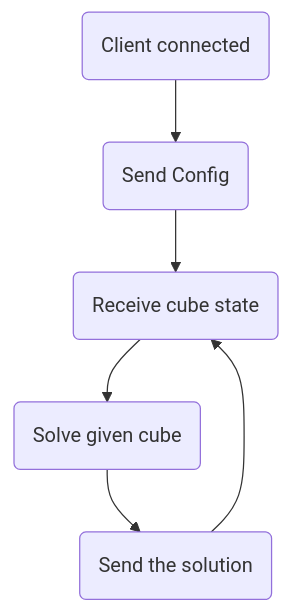
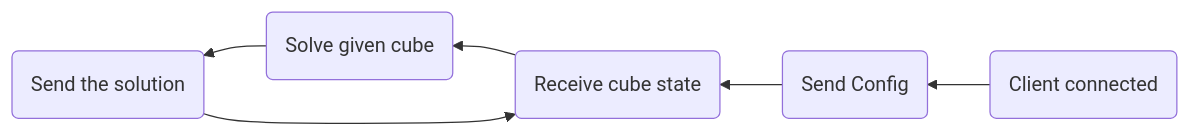
Before and after one commit to scaui0/scaui0.github.io: the second of 3 diagrams in docs/diary.md, drawn with Mermaid. The commit also changed other lines of this file and 1 other file, not shown here.

Commit message:
Change TD in diagrams to RL for readability

````diff
--- a/docs/diary.md
+++ b/docs/diary.md
@@ -948,8 +948,8 @@
     ```mermaid
-    graph TD
+    graph RL
         A(Client connected) --> B(Send Config)
         B --> C(Receive cube state)
         C --> D(Solve given cube)
         D --> E(Send the solution)
         E --> C
     ```
````
